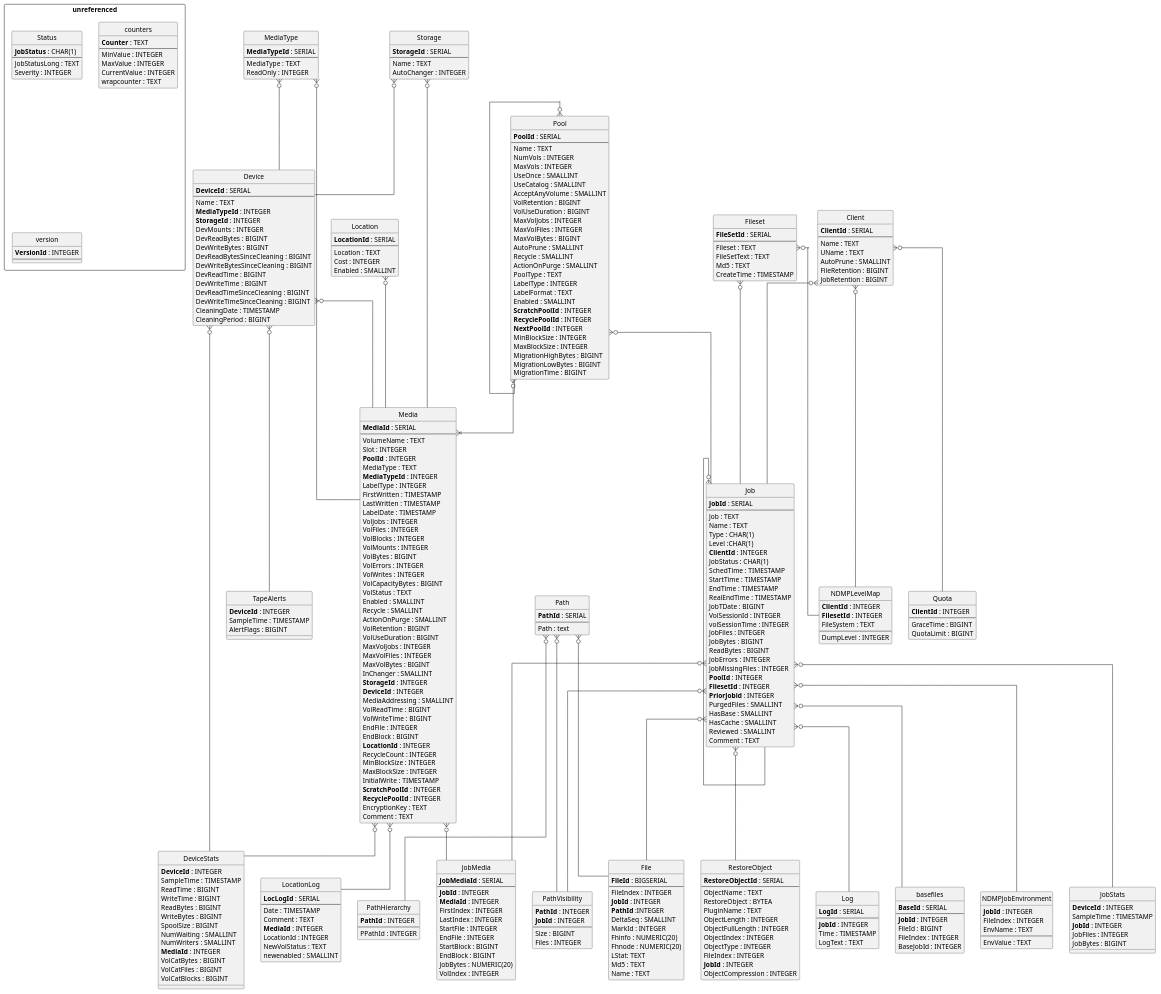
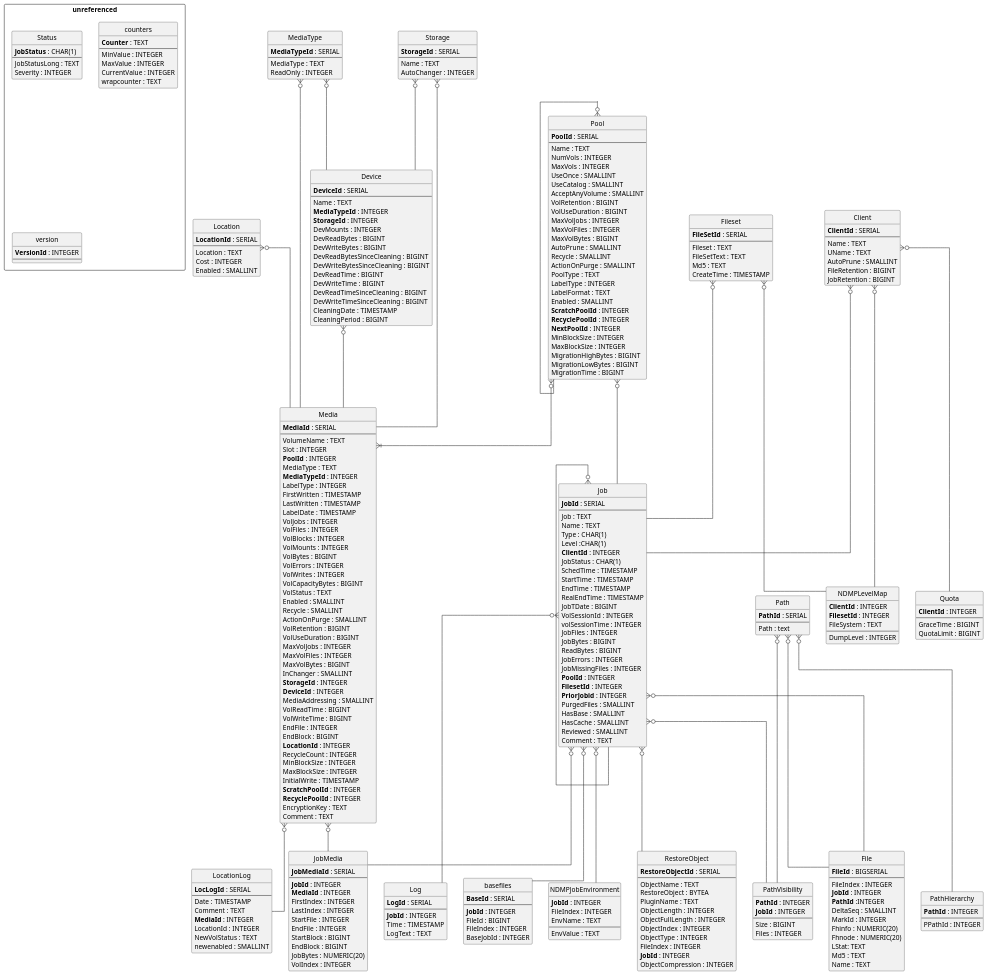
One commit to bareos/bareos changed the diagram in docs/manuals/source/DeveloperGuide/catalog/schema_bareos_postgresql.puml. Above: the diagram before and after it, drawn with PlantUML. The commit also changed 11 other files, not shown here.

```diff
--- a/docs/manuals/source/DeveloperGuide/catalog/schema_bareos_postgresql.puml
+++ b/docs/manuals/source/DeveloperGuide/catalog/schema_bareos_postgresql.puml
@@ -298,36 +298,6 @@
     EnvValue : TEXT
   }
 
-  entity DeviceStats {
-    **DeviceId** : INTEGER
-    SampleTime : TIMESTAMP
-    ReadTime : BIGINT
-    WriteTime : BIGINT
-    ReadBytes : BIGINT
-    WriteBytes : BIGINT
-    SpoolSize : BIGINT
-    NumWaiting : SMALLINT
-    NumWriters : SMALLINT
-    **MediaId** : INTEGER
-    VolCatBytes : BIGINT
-    VolCatFiles : BIGINT
-    VolCatBlocks : BIGINT
-  }
-
-  entity JobStats {
-    **DeviceId** : INTEGER
-    SampleTime : TIMESTAMP
-    **JobId** : INTEGER
-    JobFiles : INTEGER
-    JobBytes : BIGINT
-  }
-
-  entity TapeAlerts {
-    **DeviceId** : INTEGER
-    SampleTime : TIMESTAMP
-    AlertFlags : BIGINT
-  }
-
   package unreferenced <<Rectangle>> {
   entity Status {
     **JobStatus** : CHAR(1)
@@ -355,8 +325,6 @@
   Client }o-- Quota
   Client }o-- NDMPLevelMap
 
-  Device }o-- TapeAlerts
-  Device }o-- DeviceStats
   Device }o-- Media
 
   Fileset }o-- Job
@@ -369,14 +337,12 @@
   Job  }o-- basefiles
   Job  }o-- PathVisibility
   Job  }o-- NDMPJobEnvironment
-  Job  }o-- JobStats
   Job  }o-- RestoreObject
 
   Location }o-- Media
 
   Media }o-- JobMedia
   Media }o-- LocationLog
-  Media }o-- DeviceStats
 
   MediaType }o-- Device
   MediaType }o-- Media
```
